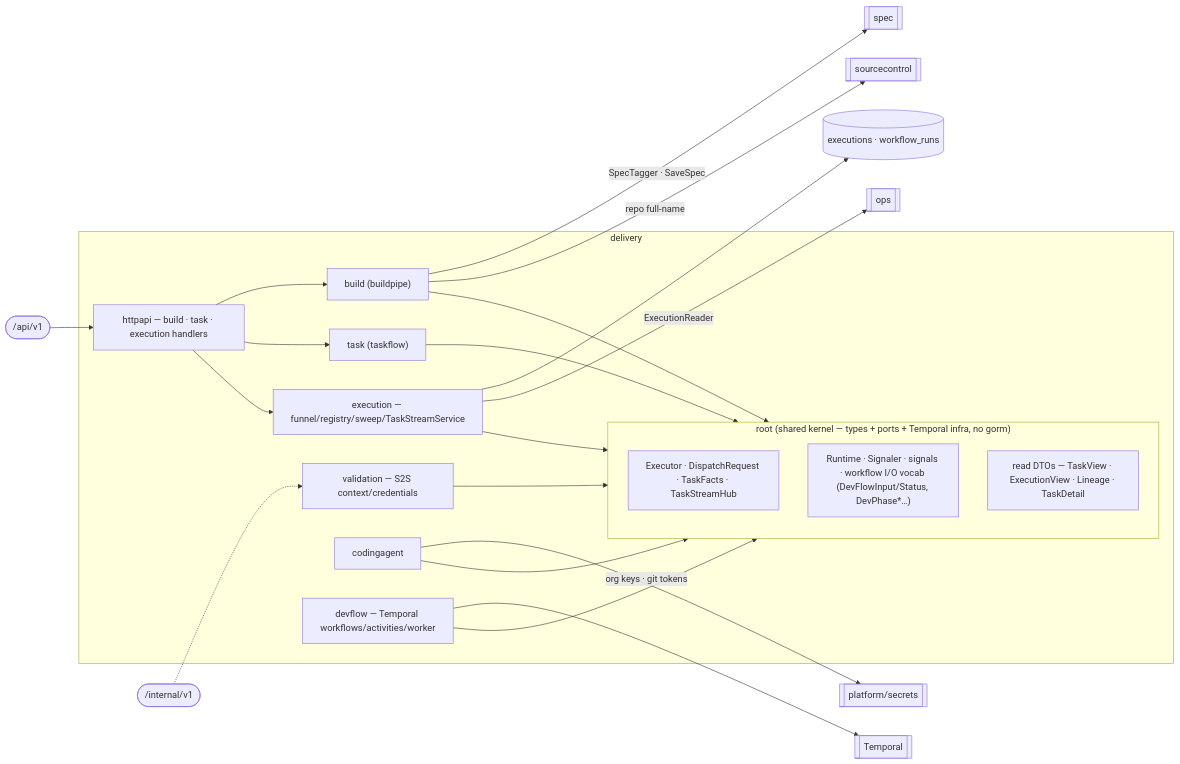
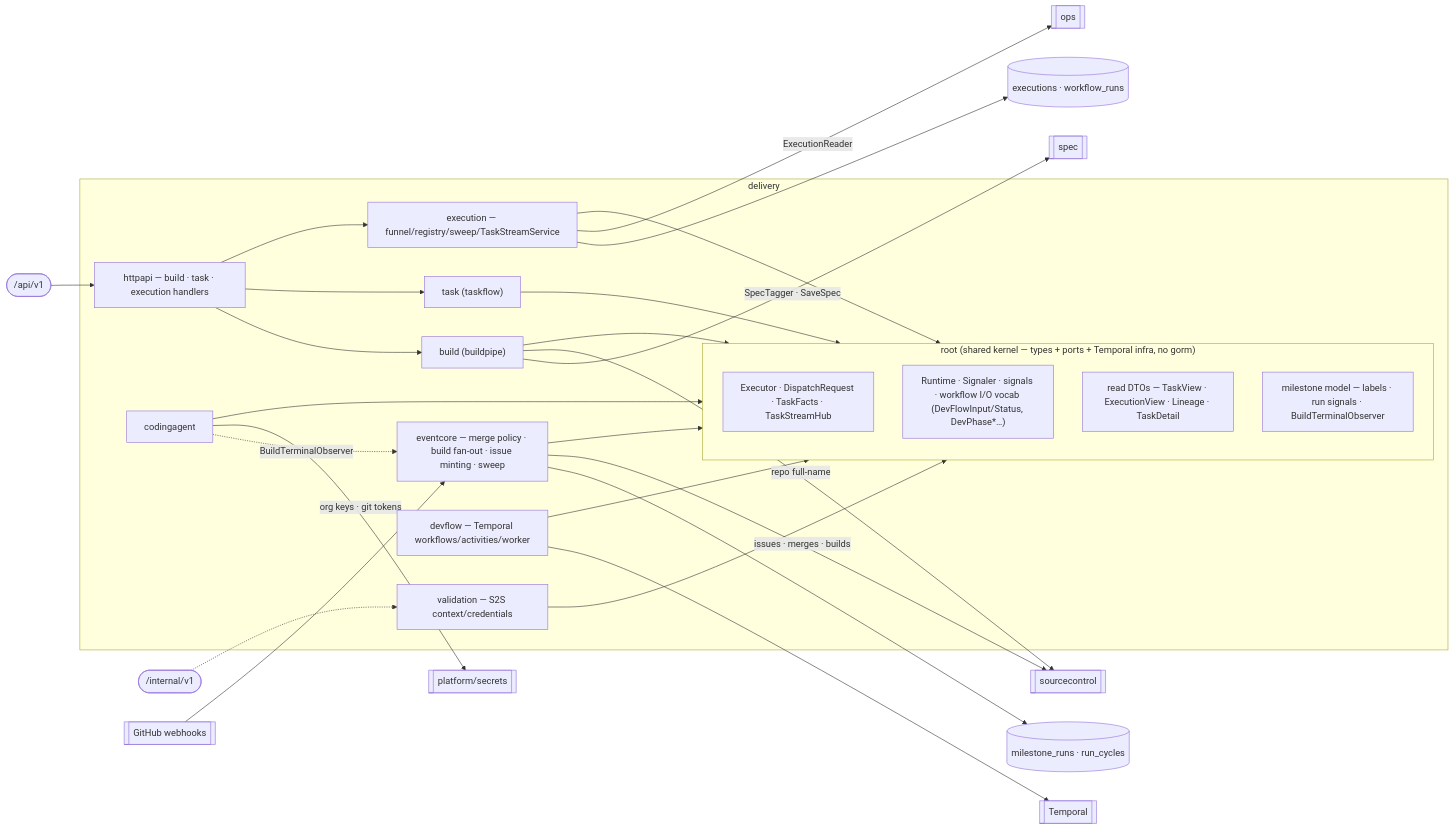
The diagram in services/aep-api/internal/delivery/README.md (xlight05/labs-agentic-engineer), drawn with Mermaid before and after one commit. The commit also changed other lines of this file and 27 other files, not shown here.

````diff
--- a/services/aep-api/internal/delivery/README.md
+++ b/services/aep-api/internal/delivery/README.md
@@ -9,26 +9,32 @@
 ```mermaid
 flowchart LR
   API(["/api/v1"]) --> HTTP
   INT(["/internal/v1"]) -.-> VAL
+  GH[["GitHub webhooks"]] --> EVENT
   subgraph delivery
     HTTP["httpapi — build · task · execution handlers"]
     subgraph ROOT["root (shared kernel — types + ports + Temporal infra, no gorm)"]
       K1["Executor · DispatchRequest · TaskFacts · TaskStreamHub"]
       K2["Runtime · Signaler · signals · workflow I/O vocab (DevFlowInput/Status, DevPhase*…)"]
       K3["read DTOs — TaskView · ExecutionView · Lineage · TaskDetail"]
+      K4["milestone model — labels · run signals · BuildTerminalObserver"]
     end
     BUILD["build (buildpipe)"] --> ROOT
     TASK["task (taskflow)"] --> ROOT
     EXEC["execution — funnel/registry/sweep/TaskStreamService"] --> ROOT
+    EVENT["eventcore — merge policy · build fan-out · issue minting · sweep"] --> ROOT
     CODE["codingagent"] --> ROOT
     DEV["devflow — Temporal workflows/activities/worker"] --> ROOT
     VAL["validation — S2S context/credentials"] --> ROOT
     HTTP --> BUILD & TASK & EXEC
+    CODE -.->|BuildTerminalObserver| EVENT
   end
   EXEC --> EXECS[("executions · workflow_runs")]
+  EVENT --> RUNS[("milestone_runs · run_cycles")]
   DEV --> TMPRL[["Temporal"]]
   BUILD -->|SpecTagger · SaveSpec| SPEC[[spec]]
   BUILD -->|repo full-name| SC[[sourcecontrol]]
+  EVENT -->|issues · merges · builds| SC
   CODE -->|org keys · git tokens| SEC[[platform/secrets]]
   EXEC -->|ExecutionReader| OPS[[ops]]
 ```
````
